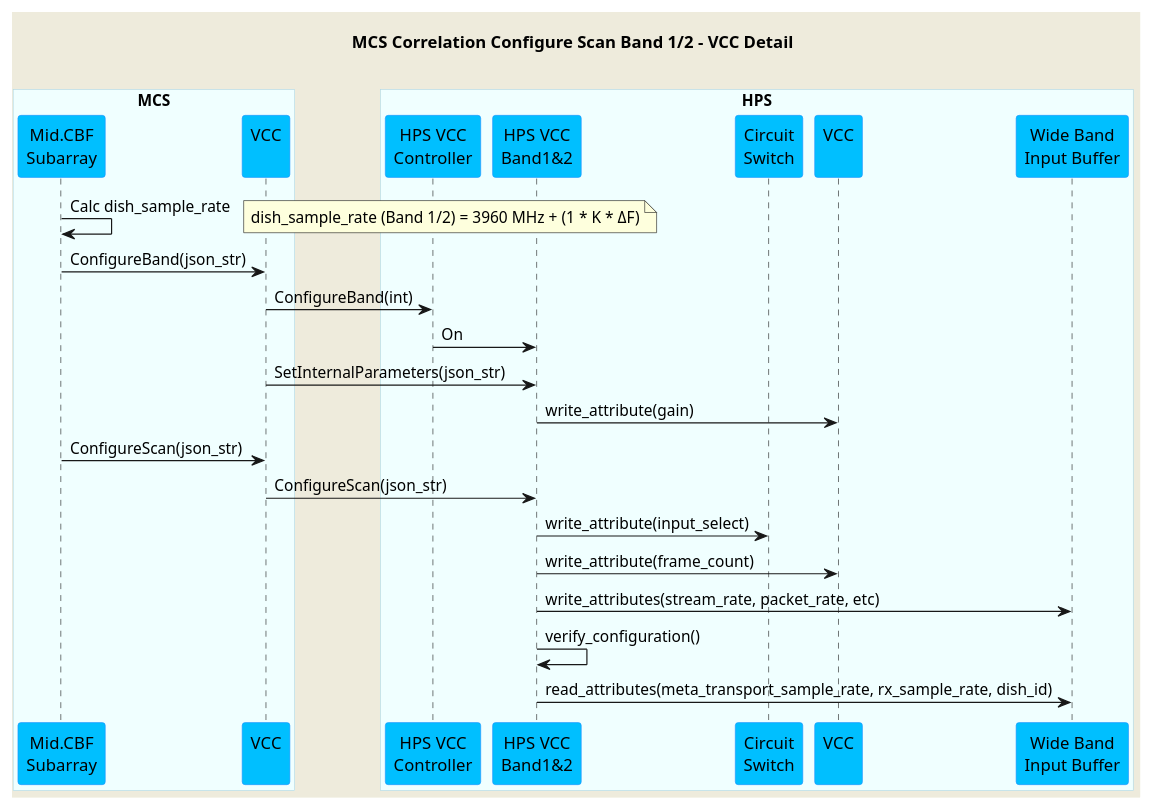
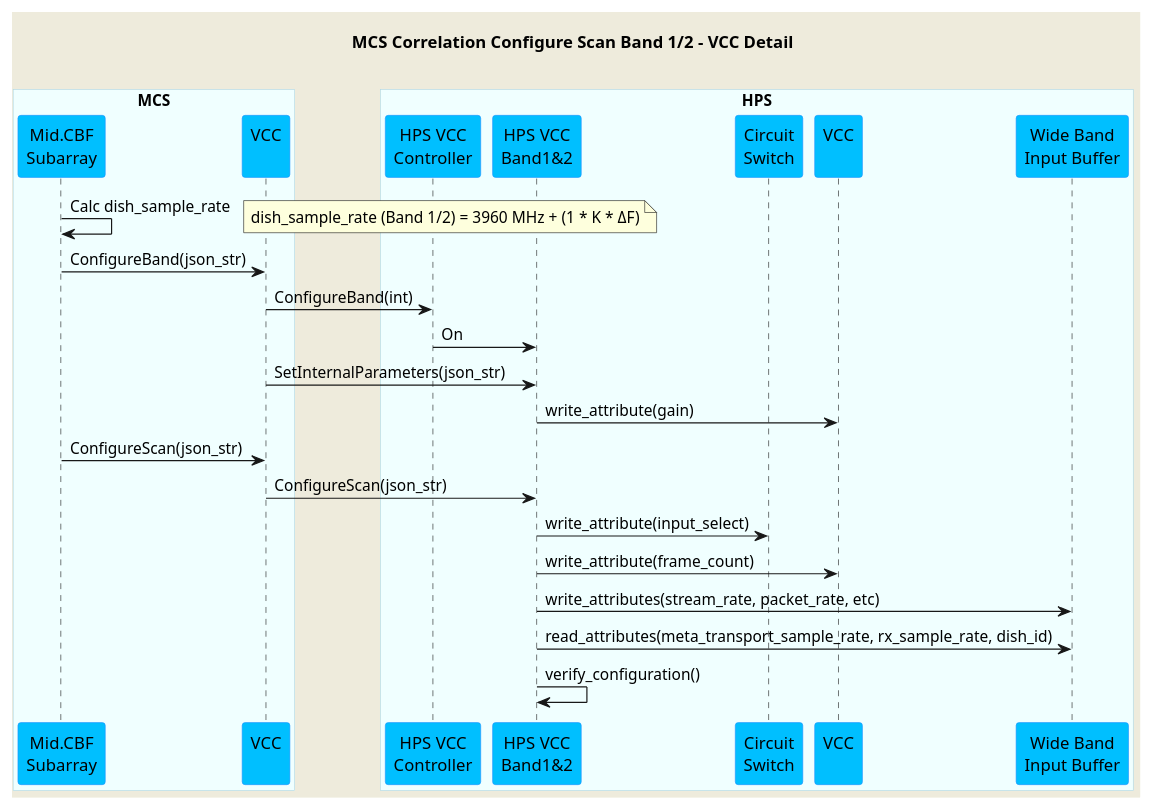
One commit to ska-telescope/mid-cbf-mcs changed the diagram in docs/src/diagrams/configure-scan-vcc.puml. Above: the diagram before and after it, drawn with PlantUML.

Commit message:
CIP-1940 rearranged sequence diagram

```diff
--- a/docs/src/diagrams/configure-scan-vcc.puml
+++ b/docs/src/diagrams/configure-scan-vcc.puml
@@ -1,45 +1,46 @@
 @startuml
 'https://plantuml.com/sequence-diagram
 
 skinparam backgroundColor #EEEBDC
 skinparam sequence {
 ParticipantBorderColor DodgerBlue
 ParticipantBackgroundColor DeepSkyBlue
 ActorBorderColor DarkGreen
 ActorBackgroundColor Green
 BoxBorderColor LightBlue
 BoxBackgroundColor #F0FFFF
 }
 
 title MCS Correlation Configure Scan Band 1/2 - VCC Detail\n
 
 box "MCS"
 participant "Mid.CBF\nSubarray" as subarray
 participant "VCC\n" as vcc
 end box
 
 box "HPS"
 participant "HPS VCC\nController" as hpsvcc
 participant "HPS VCC\nBand1&2" as vccband1
 participant "Circuit\nSwitch" as cs
 participant "VCC\n" as vccdevice
 participant "Wide Band\nInput Buffer" as wb
 end box
 
 subarray    -> subarray     : Calc dish_sample_rate
 note right                  : dish_sample_rate (Band 1/2) = 3960 MHz + (1 * K * <U+0394>F)
 subarray    -> vcc          : ConfigureBand(json_str)
 vcc         -> hpsvcc       : ConfigureBand(int)
 hpsvcc      -> vccband1     : On
 vcc         -> vccband1     : SetInternalParameters(json_str)
 vccband1    -> vccdevice    : write_attribute(gain)
 subarray    -> vcc          : ConfigureScan(json_str)
 vcc         -> vccband1     : ConfigureScan(json_str)
 vccband1    -> cs           : write_attribute(input_select)
 vccband1    -> vccdevice    : write_attribute(frame_count)
 vccband1    -> wb           : write_attributes(stream_rate, packet_rate, etc)
+vccband1    -> wb           : read_attributes(meta_transport_sample_rate, rx_sample_rate, dish_id)
 vccband1    -> vccband1     : verify_configuration()
-vccband1    -> wb           : read_attributes(meta_transport_sample_rate, rx_sample_rate, dish_id)
+
 
 
 @enduml
```
